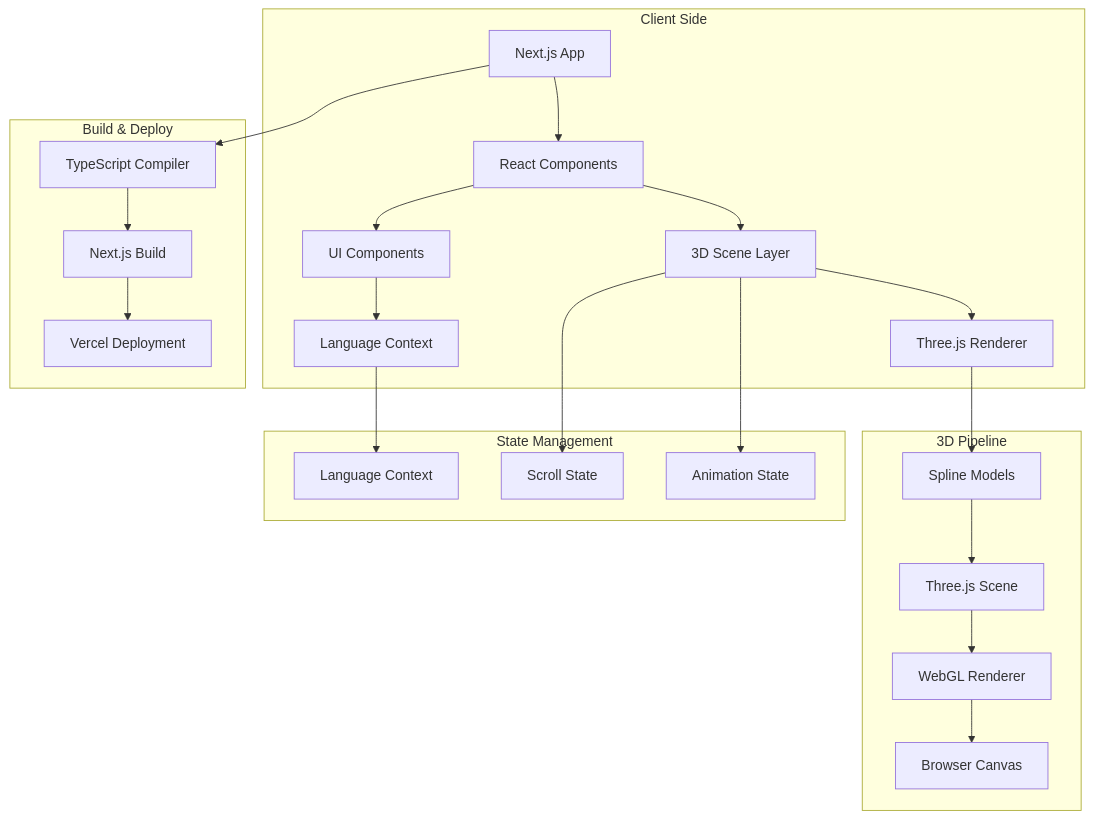
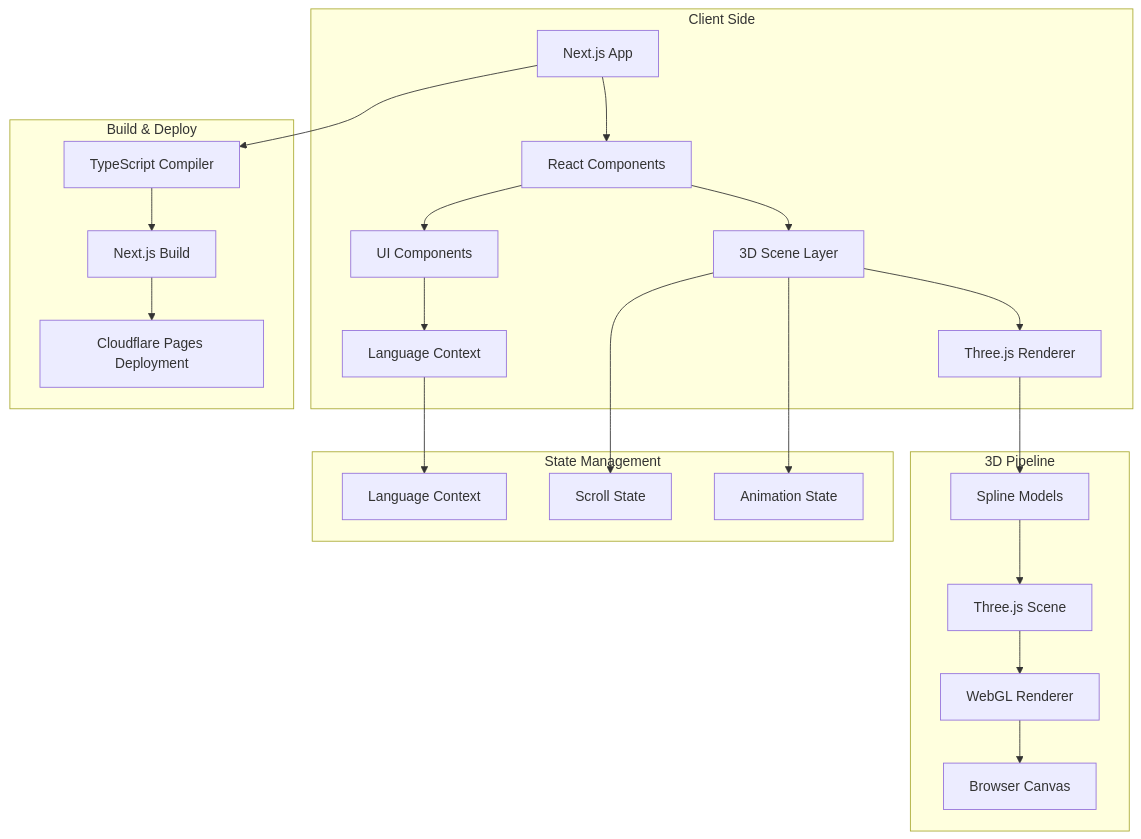
The first of 2 diagrams in README.md (ChanMeng666/forward-with-her-mentorship-program), drawn with Mermaid before and after one commit. The commit also changed other lines of this file and 3 other files, not shown here.

First line of the commit message:
build: migrate deployment from Vercel to Cloudflare Pages

````diff
--- a/README.md
+++ b/README.md
@@ -284,37 +284,37 @@
 ```mermaid
 graph TB
     subgraph "Client Side"
         A[Next.js App] --> B[React Components]
         B --> C[3D Scene Layer]
         C --> D[Three.js Renderer]
         B --> E[UI Components]
         E --> F[Language Context]
     end
     
     subgraph "3D Pipeline"
         G[Spline Models] --> H[Three.js Scene]
         H --> I[WebGL Renderer]
         I --> J[Browser Canvas]
     end
     
     subgraph "State Management"
         K[Language Context]
         L[Scroll State]
         M[Animation State]
     end
     
     D --> G
     F --> K
     C --> L
     C --> M
     
     subgraph "Build & Deploy"
         N[TypeScript Compiler]
         O[Next.js Build]
-        P[Vercel Deployment]
+        P[Cloudflare Pages Deployment]
     end
     
     A --> N
     N --> O
     O --> P
 ```
````
